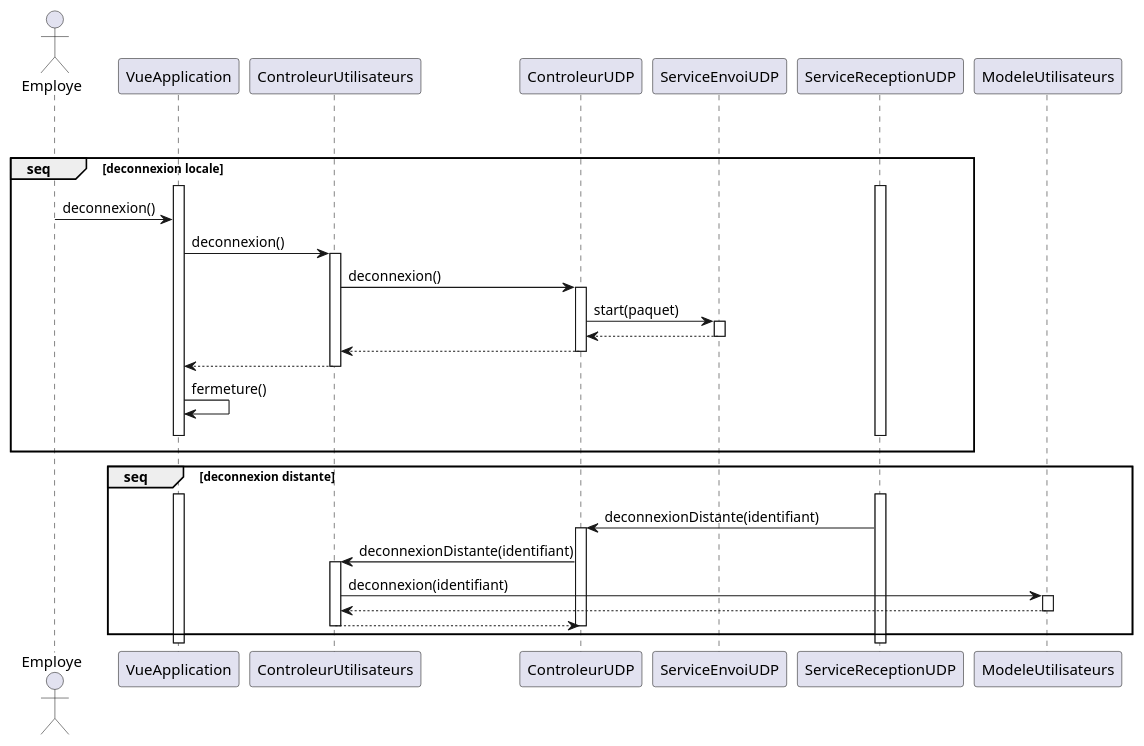
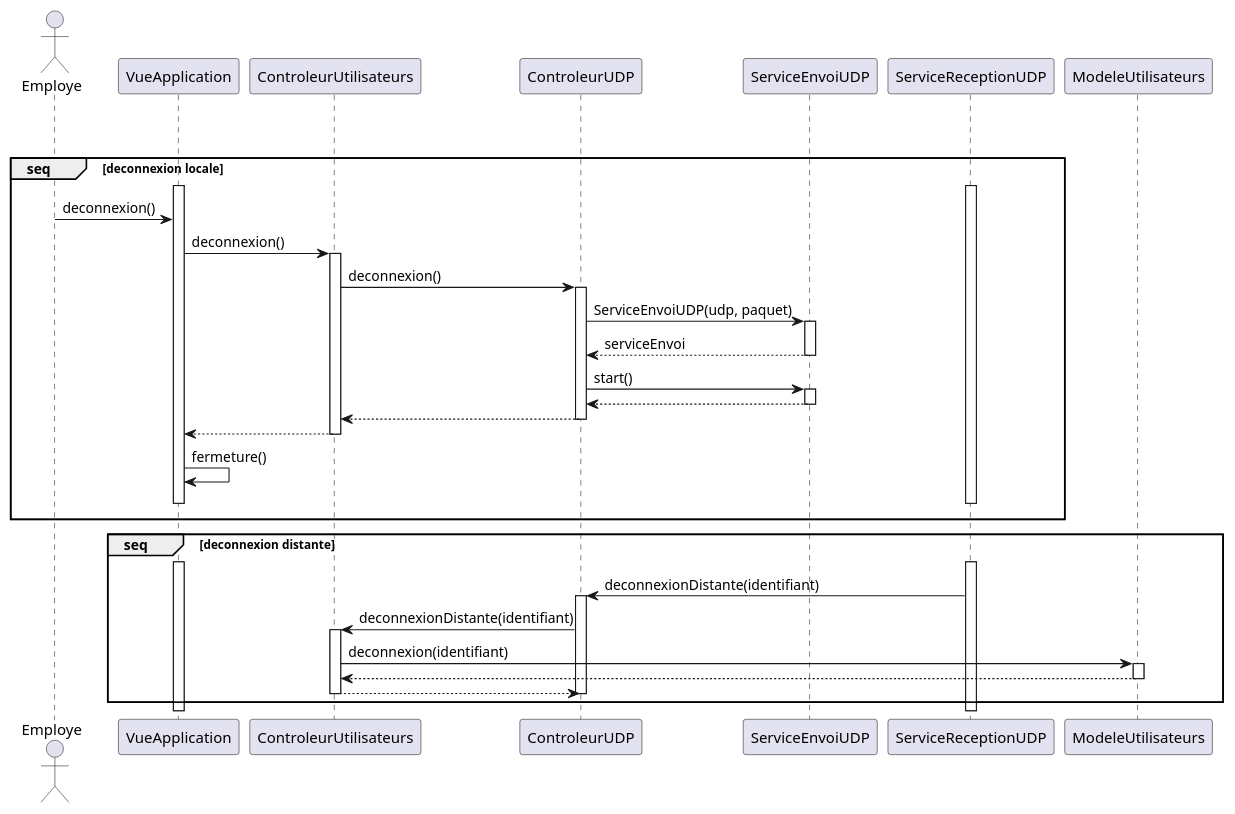
Before and after one commit to arc-hugo/clavardage_uml: the diagram in sequence/deconnexion.wsd, drawn with PlantUML. The commit also changed 5 other files, not shown here.

```diff
--- a/sequence/deconnexion.wsd
+++ b/sequence/deconnexion.wsd
@@ -1,44 +1,48 @@
 @startuml Deconnexion
 actor Employe
 VueApplication [hidden]-> ControleurUtilisateurs
 VueApplication [hidden]-> ControleurUDP
 VueApplication [hidden]-> ServiceEnvoiUDP
 group seq [deconnexion locale]
     VueApplication [hidden]-> ServiceReceptionUDP
     activate VueApplication
     activate ServiceReceptionUDP
     Employe -> VueApplication : deconnexion()
     VueApplication -> ControleurUtilisateurs : deconnexion()
     activate ControleurUtilisateurs
     ControleurUtilisateurs -> ControleurUDP : deconnexion()
     activate ControleurUDP
-    ControleurUDP -> ServiceEnvoiUDP : start(paquet)
+    ControleurUDP -> ServiceEnvoiUDP : ServiceEnvoiUDP(udp, paquet)
+    activate ServiceEnvoiUDP
+    ServiceEnvoiUDP --> ControleurUDP : serviceEnvoi
+    deactivate ServiceEnvoiUDP
+    ControleurUDP -> ServiceEnvoiUDP : start()
     activate ServiceEnvoiUDP
     ServiceEnvoiUDP --> ControleurUDP
     deactivate ServiceEnvoiUDP
     ControleurUDP --> ControleurUtilisateurs
     deactivate ControleurUDP
     ControleurUtilisateurs --> VueApplication
     deactivate ControleurUtilisateurs
     VueApplication -> VueApplication : fermeture()
     VueApplication [hidden]-> VueApplication
     deactivate ServiceReceptionUDP
     deactivate VueApplication
 end
 group seq [deconnexion distante]
     VueApplication [hidden]-> ControleurUtilisateurs
     activate VueApplication
     activate ServiceReceptionUDP
     ServiceReceptionUDP -> ControleurUDP : deconnexionDistante(identifiant)
     activate ControleurUDP
     ControleurUDP -> ControleurUtilisateurs : deconnexionDistante(identifiant)
     activate ControleurUtilisateurs
     ControleurUtilisateurs -> ModeleUtilisateurs : deconnexion(identifiant)
     activate ModeleUtilisateurs
     ModeleUtilisateurs --> ControleurUtilisateurs
     deactivate ModeleUtilisateurs
     ControleurUtilisateurs --> ControleurUDP
     deactivate ControleurUtilisateurs
     deactivate ControleurUDP
 end
 @enduml
```
